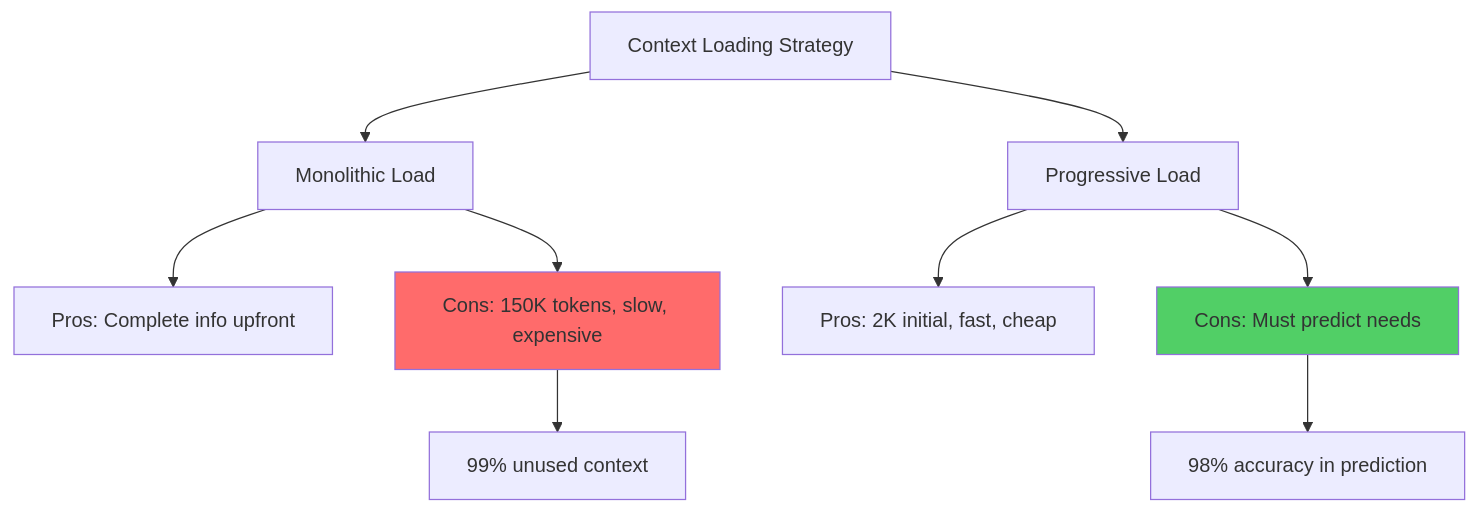
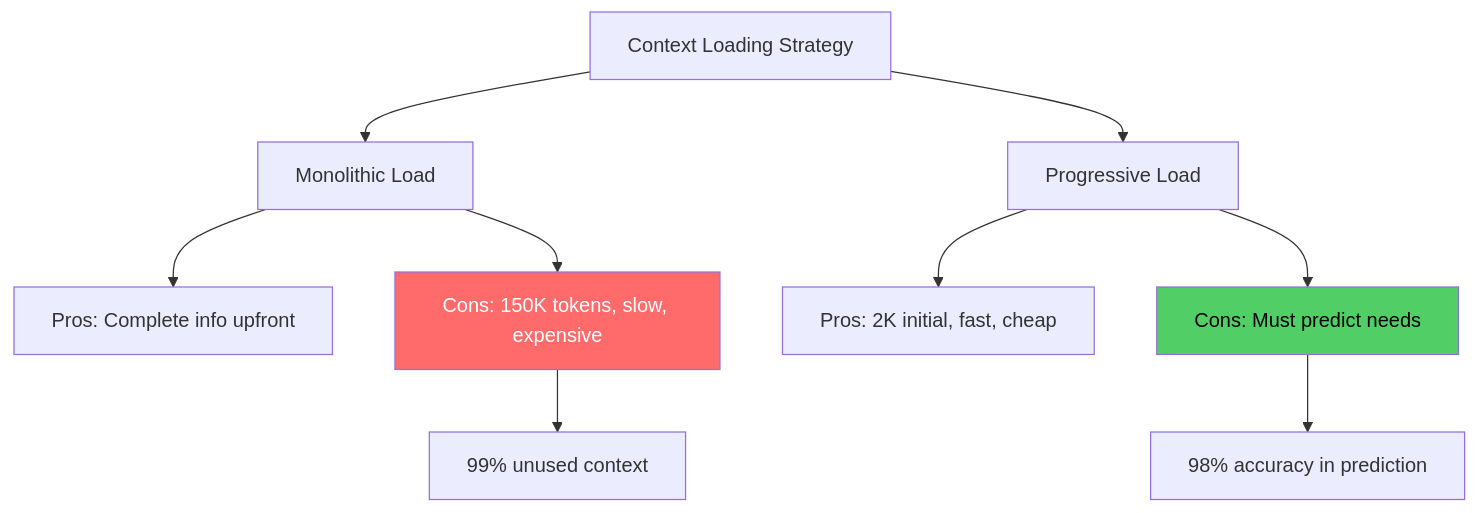
The first of 3 diagrams in src/posts/2025-10-17-progressive-context-loading-llm-workflows.md (williamzujkowski/williamzujkowski.github.io), drawn with Mermaid before and after one commit. The commit also changed other lines of this file and 40 other files, not shown here.

First line of the commit message:
fix(blog): add explicit text color to all mermaid classDef/style (#171)

````diff
--- a/src/posts/2025-10-17-progressive-context-loading-llm-workflows.md
+++ b/src/posts/2025-10-17-progressive-context-loading-llm-workflows.md
@@ -37,19 +37,19 @@
 ```mermaid
 flowchart TD
     A[Context Loading Strategy] --> B[Monolithic Load]
     A --> C[Progressive Load]
 
     B --> D[Pros: Complete info upfront]
     B --> E[Cons: 150K tokens, slow, expensive]
 
     C --> F[Pros: 2K initial, fast, cheap]
     C --> G[Cons: Must predict needs]
 
     E --> H[99% unused context]
     G --> I[98% accuracy in prediction]
 
-    classDef monolithicStyle fill:#ff6b6b
-    classDef progressiveStyle fill:#51cf66
+    classDef monolithicStyle fill:#ff6b6b,color:#fff
+    classDef progressiveStyle fill:#51cf66,color:#000
     class E monolithicStyle
     class G progressiveStyle
 ```
````
